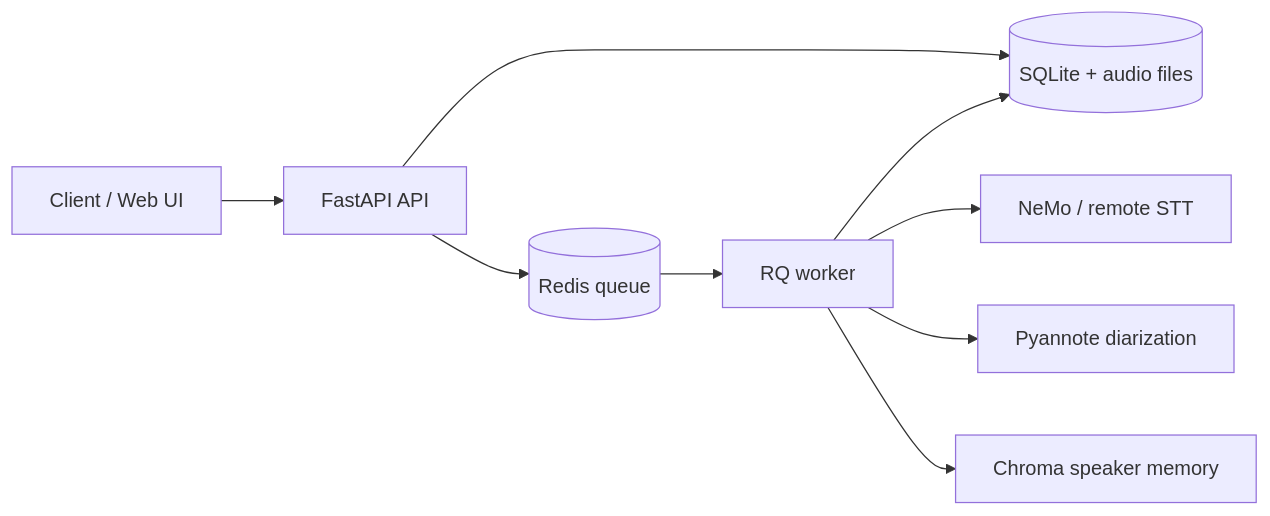
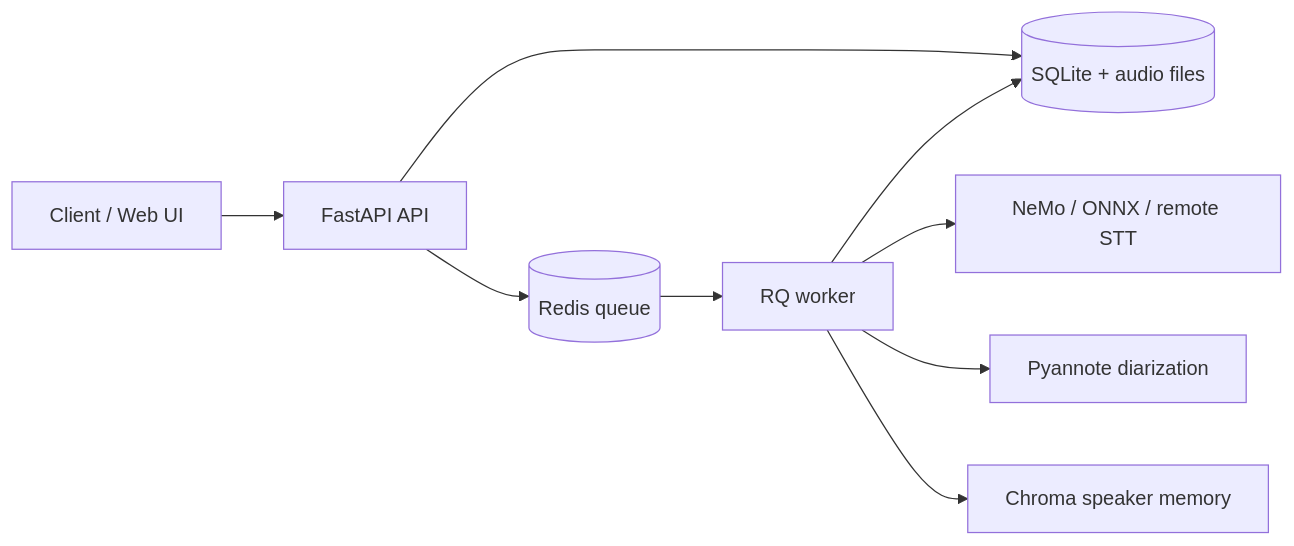
Before and after one commit to meganoob1337/NoobScribe: the diagram in README.md, drawn with Mermaid. The commit also changed other lines of this file and 20 other files, not shown here.

````diff
--- a/README.md
+++ b/README.md
@@ -48,11 +49,11 @@
 ```mermaid
 flowchart LR
     Client[Client / Web UI] --> API[FastAPI API]
     API --> Redis[(Redis queue)]
     API --> DB[(SQLite + audio files)]
     Redis --> Worker[RQ worker]
     Worker --> DB
-    Worker --> ASR[NeMo / remote STT]
+    Worker --> ASR[NeMo / ONNX / remote STT]
     Worker --> Diar[Pyannote diarization]
     Worker --> Chroma[Chroma speaker memory]
 ```
````
